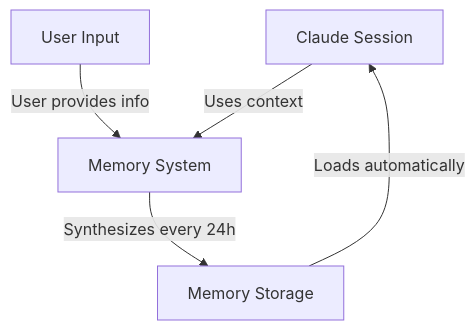
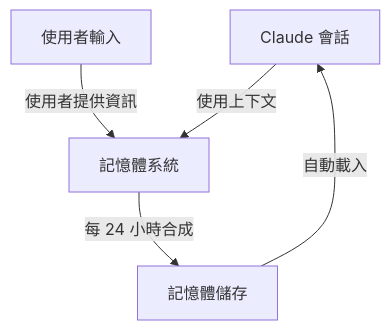
One commit to huckly/claude-howto-zh-tw changed the first of 4 diagrams in 02-memory/README.md. Above: the diagram before and after it, drawn with Mermaid. The commit also changed other lines of this file and 3 other files, not shown here.

````diff
--- a/02-memory/README.md
+++ b/02-memory/README.md
@@ -212,12 +192,12 @@
 ```mermaid
 graph TB
-    A["Claude Session"]
-    B["User Input"]
-    C["Memory System"]
-    D["Memory Storage"]
+    A["Claude 會話"]
+    B["使用者輸入"]
+    C["記憶體系統"]
+    D["記憶體儲存"]
 
-    B -->|User provides info| C
-    C -->|Synthesizes every 24h| D
-    D -->|Loads automatically| A
-    A -->|Uses context| C
+    B -->|使用者提供資訊| C
+    C -->|每 24 小時合成| D
+    D -->|自動載入| A
+    A -->|使用上下文| C
 ```
````
